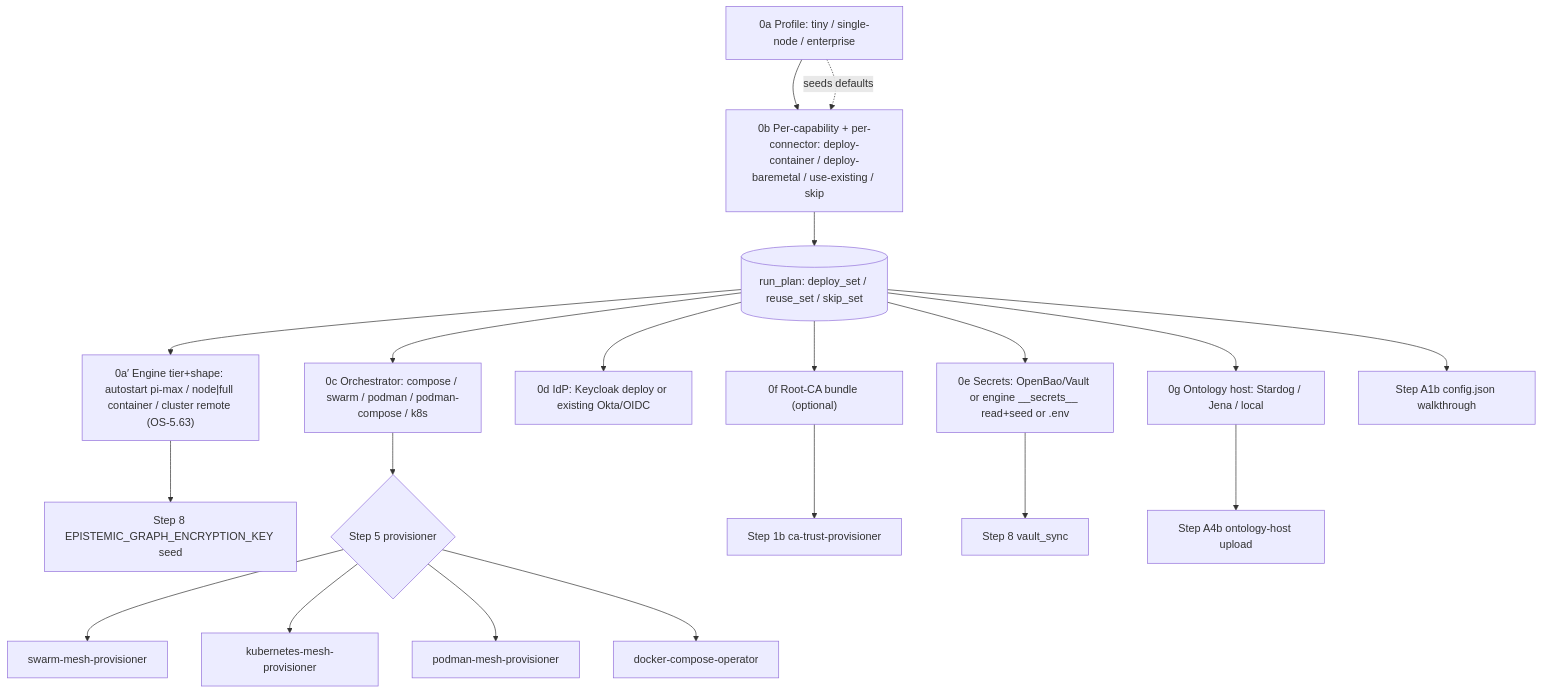
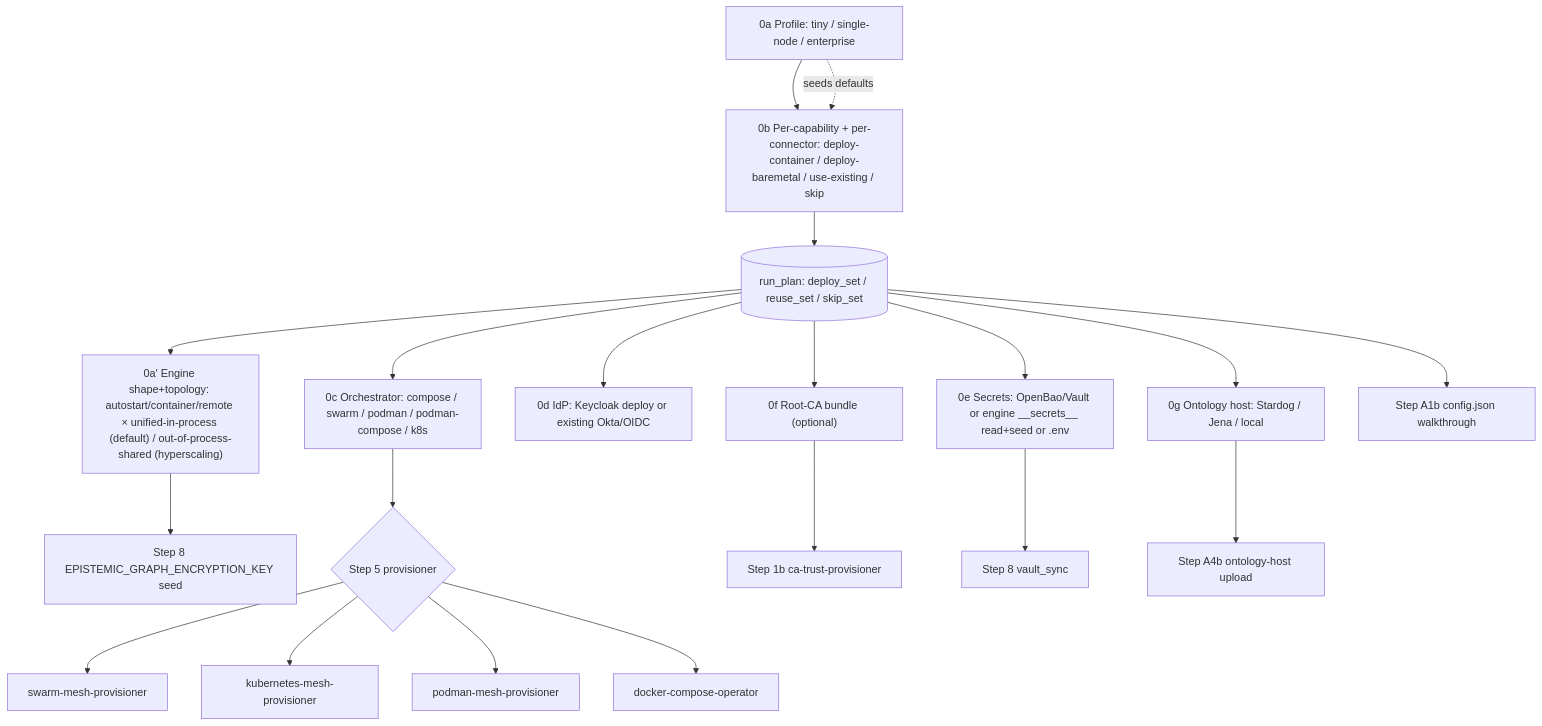
The diagram in agent_utilities/skills/workflows/agent-os-genesis/SKILL.md (Knuckles-Team/agent-utilities), drawn with Mermaid before and after one commit. The commit also changed other lines of this file and 4 other files, not shown here.

First line of the commit message:
docs(genesis): unified self-contained default + hyperscaling engine topology

````diff
--- a/agent_utilities/skills/workflows/agent-os-genesis/SKILL.md
+++ b/agent_utilities/skills/workflows/agent-os-genesis/SKILL.md
@@ -343,22 +385,22 @@
 ```mermaid
 flowchart TD
     P["0a Profile: tiny / single-node / enterprise"] --> Q["0b Per-capability + per-connector: deploy-container / deploy-baremetal / use-existing / skip"]
     Q --> RP[("run_plan: deploy_set / reuse_set / skip_set")]
     P -. seeds defaults .-> Q
-    RP --> EG["0a′ Engine tier+shape: autostart pi-max / node|full container / cluster remote (OS-5.63)"]
+    RP --> EG["0a′ Engine shape+topology: autostart/container/remote × unified-in-process (default) / out-of-process-shared (hyperscaling)"]
     RP --> O["0c Orchestrator: compose / swarm / podman / podman-compose / k8s"]
     RP --> ID["0d IdP: Keycloak deploy or existing Okta/OIDC"]
     RP --> S["0e Secrets: OpenBao/Vault or engine __secrets__ read+seed or .env"]
     EG --> EK["Step 8 EPISTEMIC_GRAPH_ENCRYPTION_KEY seed"]
     RP --> CA["0f Root-CA bundle (optional)"]
     RP --> ON["0g Ontology host: Stardog / Jena / local"]
     O --> M{"Step 5 provisioner"}
     M --> SW["swarm-mesh-provisioner"]
     M --> K8["kubernetes-mesh-provisioner"]
     M --> PD["podman-mesh-provisioner"]
     M --> CO["docker-compose-operator"]
     CA --> CT["Step 1b ca-trust-provisioner"]
     S --> V["Step 8 vault_sync"]
     ON --> OH["Step A4b ontology-host upload"]
     RP --> CFG["Step A1b config.json walkthrough"]
 ```
````
